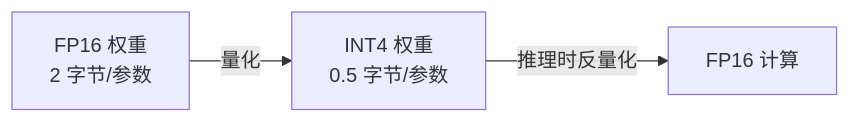
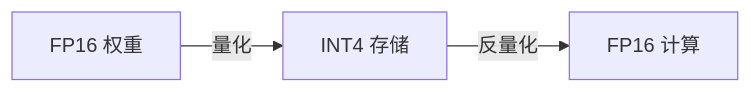
Before and after one commit to hxjmmmm/thought-vectors: the diagram in src/content/docs/notes/concepts/quantization.mdx, drawn with Mermaid. The commit also changed other lines of this file and 4 other files, not shown here.

````diff
--- a/src/content/docs/notes/concepts/quantization.mdx
+++ b/src/content/docs/notes/concepts/quantization.mdx
@@ -20,5 +24,5 @@
 ```mermaid
 flowchart LR
-    A[FP16 权重<br/>2 字节/参数] -->|量化| B[INT4 权重<br/>0.5 字节/参数]
-    B -->|推理时反量化| C[FP16 计算]
+    A[FP16 权重] -->|量化| B[INT4 存储]
+    B -->|反量化| C[FP16 计算]
 ```
````
